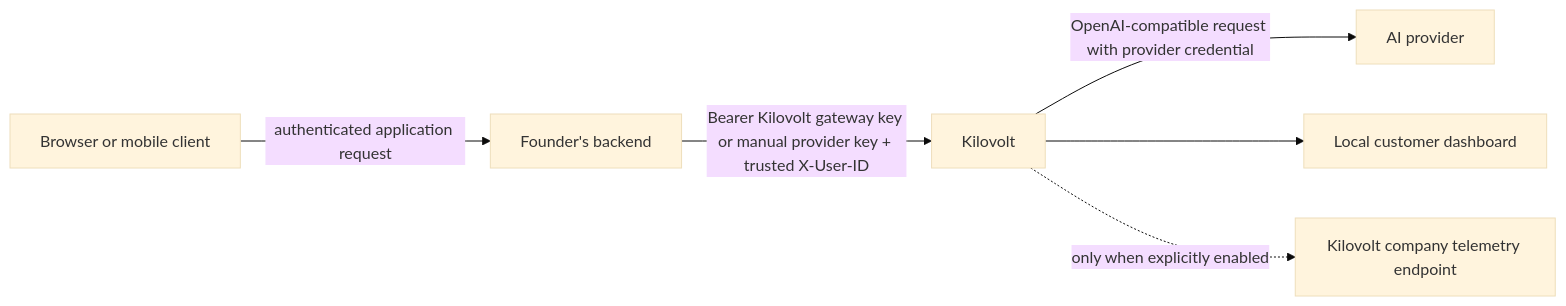
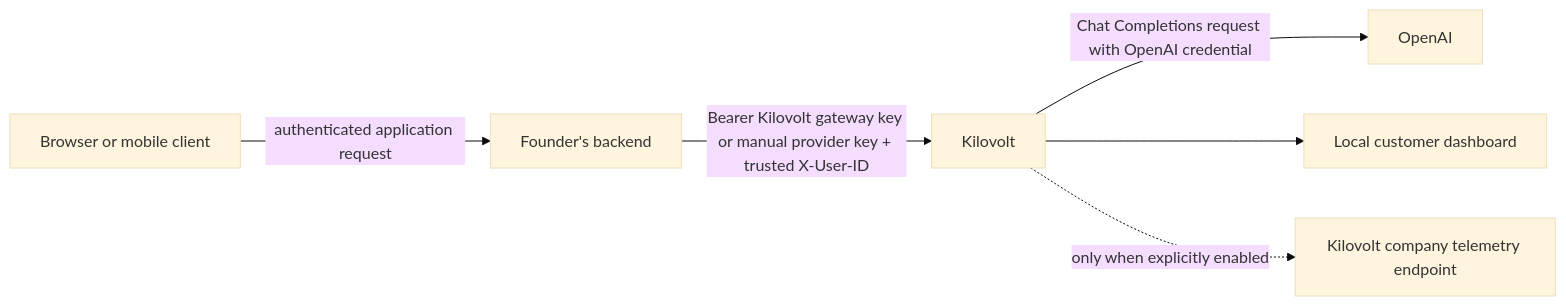
The first of 2 diagrams in docs/architecture.md (ytp101/kilovolt), drawn with Mermaid (base theme) before and after one commit. The commit also changed other lines of this file and 45 other files, not shown here.

````diff
--- a/docs/architecture.md
+++ b/docs/architecture.md
@@ -9,8 +9,8 @@
 ```mermaid
 flowchart LR
     C["Browser or mobile client"] -->|"authenticated application request"| B["Founder's backend"]
     B -->|"Bearer Kilovolt gateway key or manual provider key + trusted X-User-ID"| K["Kilovolt"]
-    K -->|"OpenAI-compatible request with provider credential"| P["AI provider"]
+    K -->|"Chat Completions request with OpenAI credential"| P["OpenAI"]
     K --> D["Local customer dashboard"]
     K -. "only when explicitly enabled" .-> T["Kilovolt company telemetry endpoint"]
 ```
````
